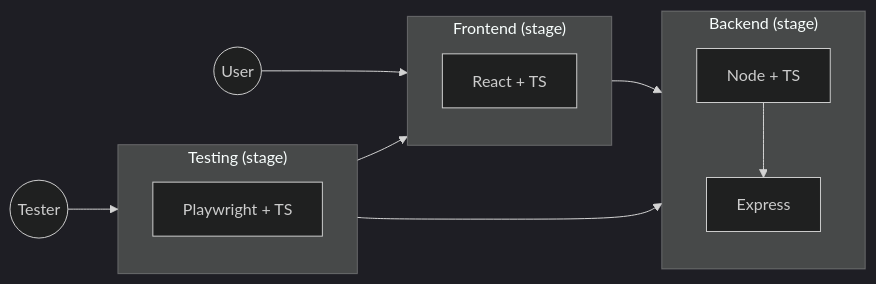
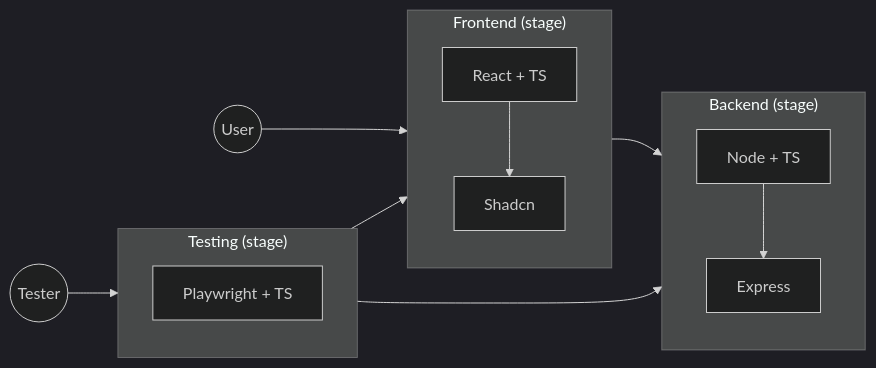
One commit to OfficialApurvChatur/POC02-ExpressSetup changed the third of 3 diagrams in Readme.md. Above: the diagram before and after it, drawn with Mermaid (dark theme). The commit also changed other lines of this file and 14 other files, not shown here.

````diff
--- a/Readme.md
+++ b/Readme.md
@@ -40,23 +41,25 @@
 ```mermaid
   flowchart LR
     User(("User"))
     Tester(("Tester"))
 
       subgraph Testing["Testing (stage)"]
         Playwright["Playwright + TS"]
       end
       subgraph Frontend["Frontend (stage)"]
         React["React + TS"]
+        Shadcn["Shadcn"]
       end
       subgraph Backend["Backend (stage)"]
         Node["Node + TS"]
         Express["Express"]
       end
 
     User --> Frontend
+      React --> Shadcn
     Frontend --> Backend
     Tester --> Testing
     Testing --> Backend
     Testing --> Frontend
     Node --> Express
 ```
````
